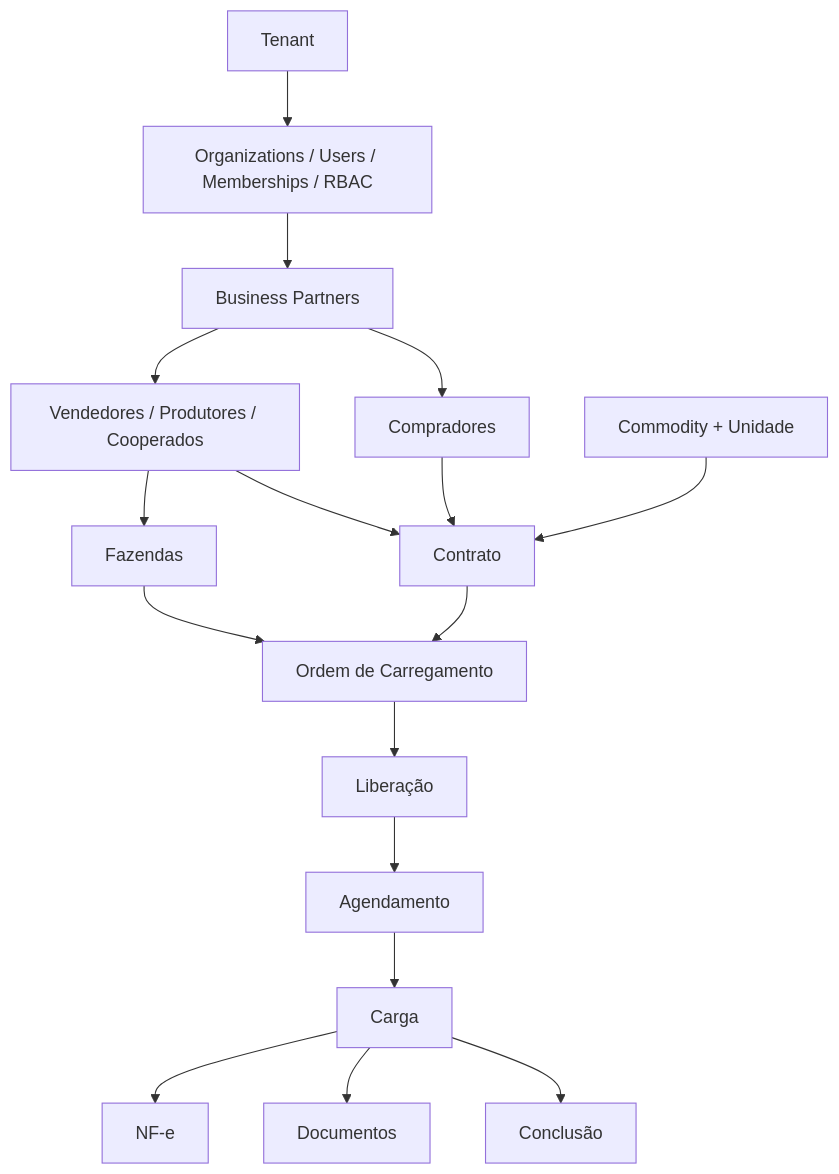
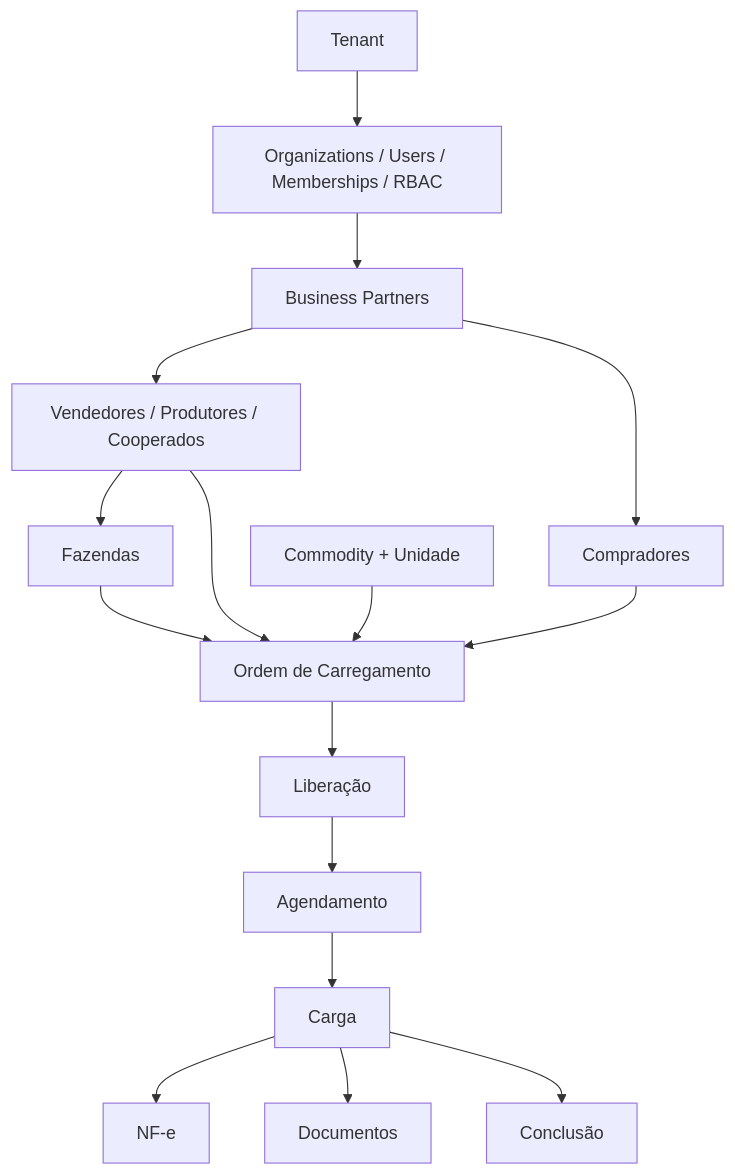
The diagram in docs/modules.md (antoniocavali/Ordens_2.0), drawn with Mermaid before and after one commit. The commit also changed other lines of this file and 51 other files, not shown here.

````diff
--- a/docs/modules.md
+++ b/docs/modules.md
@@ -5,19 +5,18 @@
 ```mermaid
 flowchart TD
   T[Tenant] --> O[Organizations / Users / Memberships / RBAC]
   O --> BP[Business Partners]
   BP --> V[Vendedores / Produtores / Cooperados]
   V --> F[Fazendas]
   BP --> CB[Compradores]
-  CM[Commodity + Unidade] --> CT[Contrato]
-  V --> CT
-  CB --> CT
-  CT --> OC[Ordem de Carregamento]
+  CM[Commodity + Unidade] --> OC[Ordem de Carregamento]
+  V --> OC
+  CB --> OC
   F --> OC
   OC --> LB[Liberação]
   LB --> AG[Agendamento]
   AG --> CG[Carga]
   CG --> NF[NF-e]
   CG --> DOC[Documentos]
   CG --> CO[Conclusão]
 ```
````
